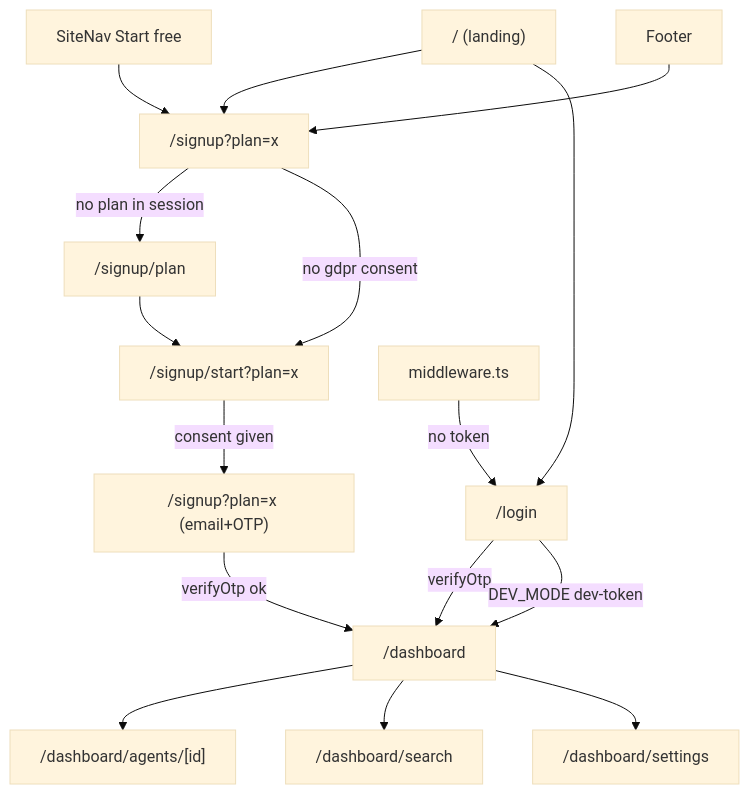
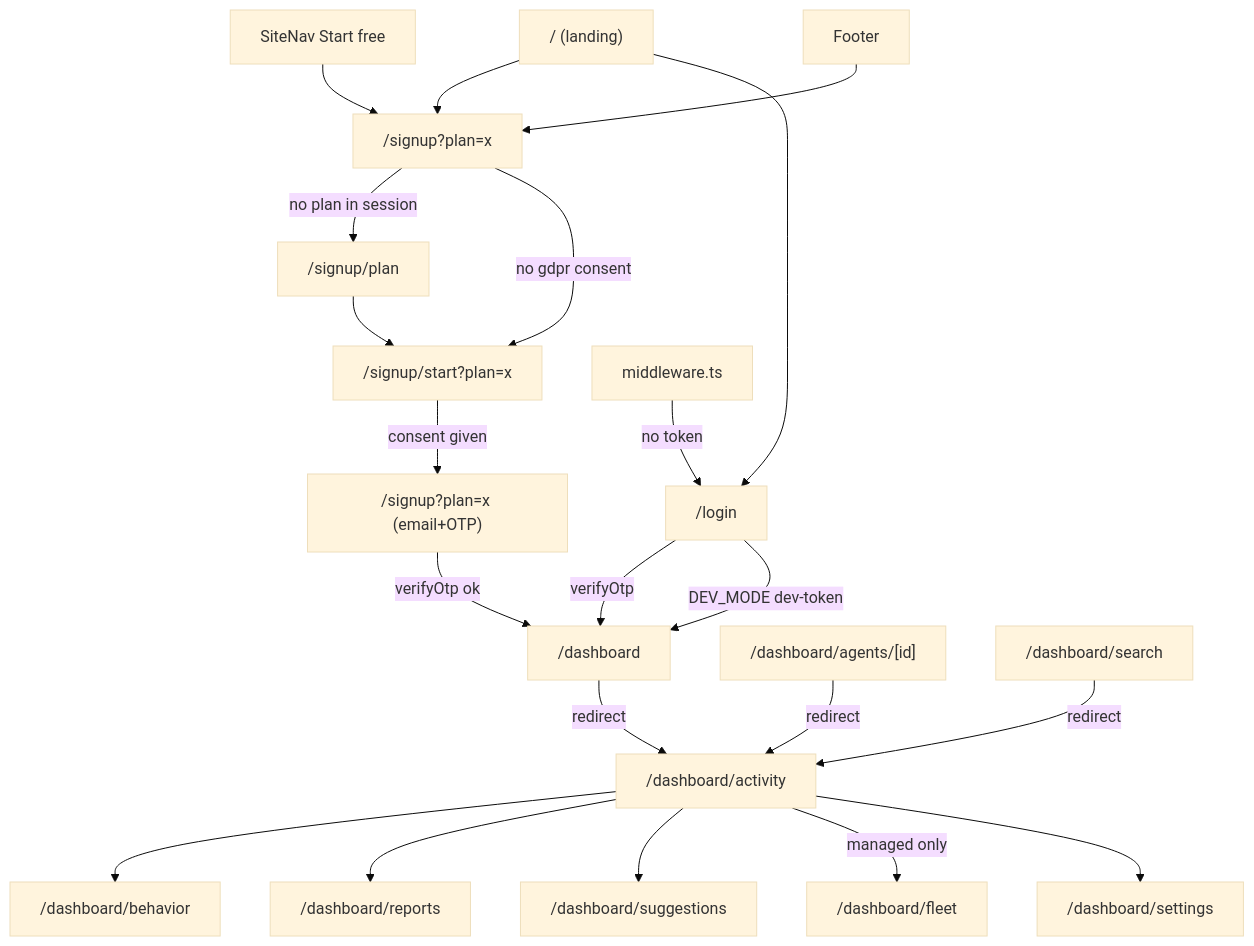
The first of 5 diagrams in dashboard/DASHBOARD_KNOWLEDGE_BASE.md (Zizka-ai/ZizkaDB), drawn with Mermaid (base theme) before and after one commit. The commit also changed other lines of this file and 40 other files, not shown here.

````diff
--- a/dashboard/DASHBOARD_KNOWLEDGE_BASE.md
+++ b/dashboard/DASHBOARD_KNOWLEDGE_BASE.md
@@ -143,18 +168,23 @@
 ```mermaid
 flowchart TD
   Landing["/ (landing)"] --> Signup["/signup?plan=x"]
   Landing --> Login["/login"]
   SiteNav["SiteNav Start free"] --> Signup
   Footer --> Signup
   Signup -->|no plan in session| Plan["/signup/plan"]
   Signup -->|no gdpr consent| Start["/signup/start?plan=x"]
   Plan --> Start
   Start -->|consent given| Signup2["/signup?plan=x (email+OTP)"]
   Signup2 -->|verifyOtp ok| Dash["/dashboard"]
   Login -->|verifyOtp| Dash
   Login -->|DEV_MODE dev-token| Dash
   Middleware["middleware.ts"] -->|no token| Login
-  Dash --> AgentDetail["/dashboard/agents/[id]"]
-  Dash --> Search["/dashboard/search"]
-  Dash --> Settings["/dashboard/settings"]
+  Dash -->|redirect| Activity["/dashboard/activity"]
+  Activity --> Behavior["/dashboard/behavior"]
+  Activity --> Reports["/dashboard/reports"]
+  Activity --> Suggestions["/dashboard/suggestions"]
+  Activity -->|managed only| Fleet["/dashboard/fleet"]
+  Activity --> Settings["/dashboard/settings"]
+  LegacyAgent["/dashboard/agents/[id]"] -->|redirect| Activity
+  LegacySearch["/dashboard/search"] -->|redirect| Activity
 ```
````
